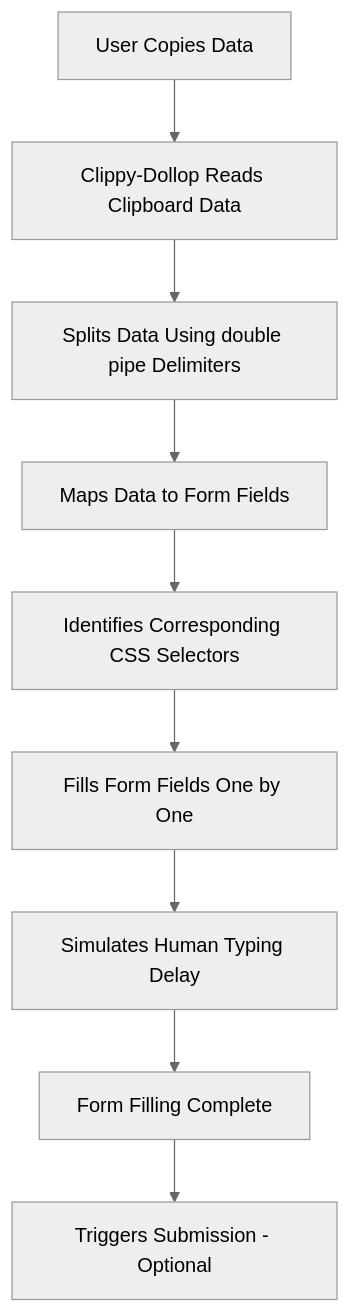
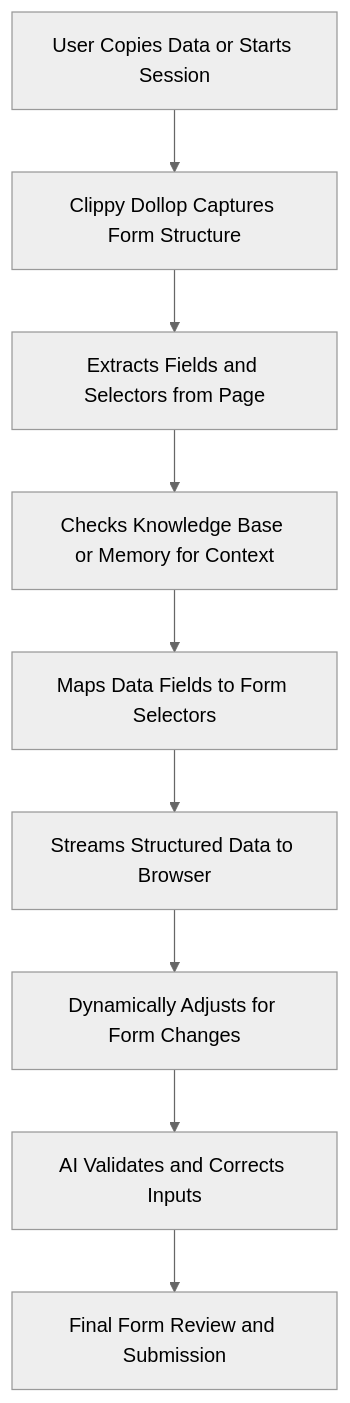
Before and after one commit to prompted365/clippypour: the diagram in readme.md, drawn with Mermaid (neutral theme).

````diff
--- a/readme.md
+++ b/readme.md
@@ -15,11 +15,11 @@
 ```mermaid
 graph TD
-  A[User Copies Data] --> B[Clippy-Dollop Reads Clipboard Data]
-  B --> C[Splits Data Using double pipe Delimiters]
-  C --> D[Maps Data to Form Fields]
-  D --> E[Identifies Corresponding CSS Selectors]
-  E --> F[Fills Form Fields One by One]
-  F --> G[Simulates Human Typing Delay]
-  G --> H[Form Filling Complete]
-  H --> I[Triggers Submission - Optional]
+  A[User Copies Data or Starts Session] --> B[Clippy Dollop Captures Form Structure]
+  B --> C[Extracts Fields and Selectors from Page]
+  C --> D[Checks Knowledge Base or Memory for Context]
+  D --> E[Maps Data Fields to Form Selectors]
+  E --> F[Streams Structured Data to Browser]
+  F --> G[Dynamically Adjusts for Form Changes]
+  G --> H[AI Validates and Corrects Inputs]
+  H --> I[Final Form Review and Submission]
 ```
````
